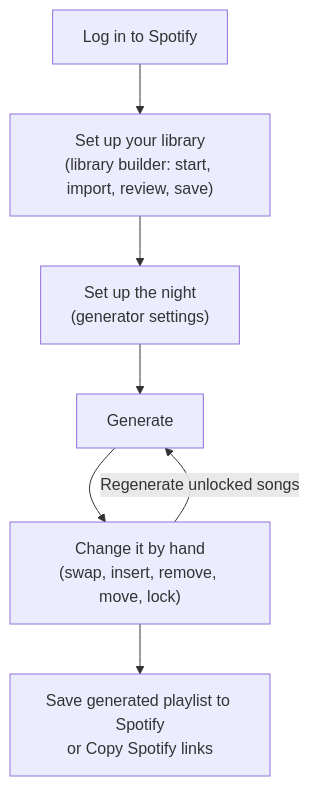
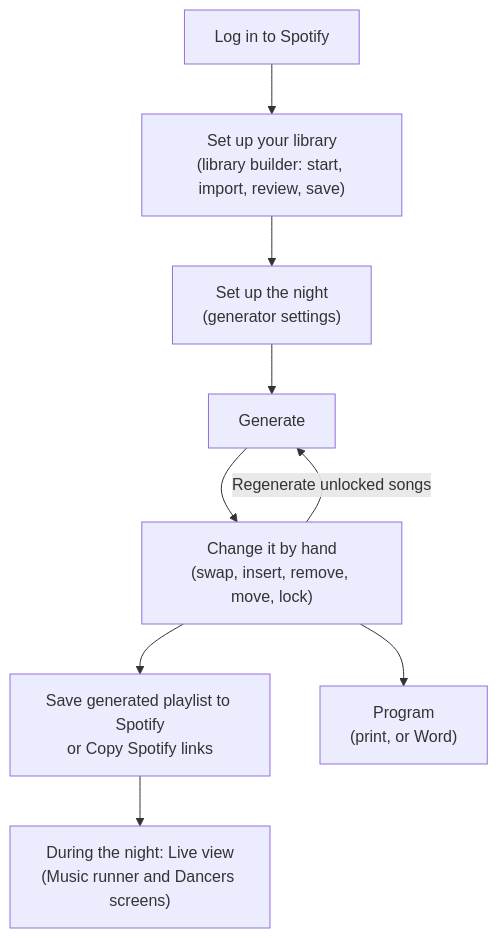
One commit to maxluo97/ballroom-social-playlist-generator changed the fourth of 4 diagrams in README.md. Above: the diagram before and after it, drawn with Mermaid. The commit also changed other lines of this file and 3 other files, not shown here.

````diff
--- a/README.md
+++ b/README.md
@@ -126,9 +125,11 @@
 ```mermaid
 flowchart TD
   A["Log in to Spotify"] --> B["Set up your library<br/>(library builder: start, import, review, save)"]
   B --> C["Set up the night<br/>(generator settings)"]
   C --> D["Generate"]
   D --> E["Change it by hand<br/>(swap, insert, remove, move, lock)"]
   E -- "Regenerate unlocked songs" --> D
   E --> F["Save generated playlist to Spotify<br/>or Copy Spotify links"]
+  F --> G["During the night: Live view<br/>(Music runner and Dancers screens)"]
+  E --> H["Program<br/>(print, or Word)"]
 ```
````
